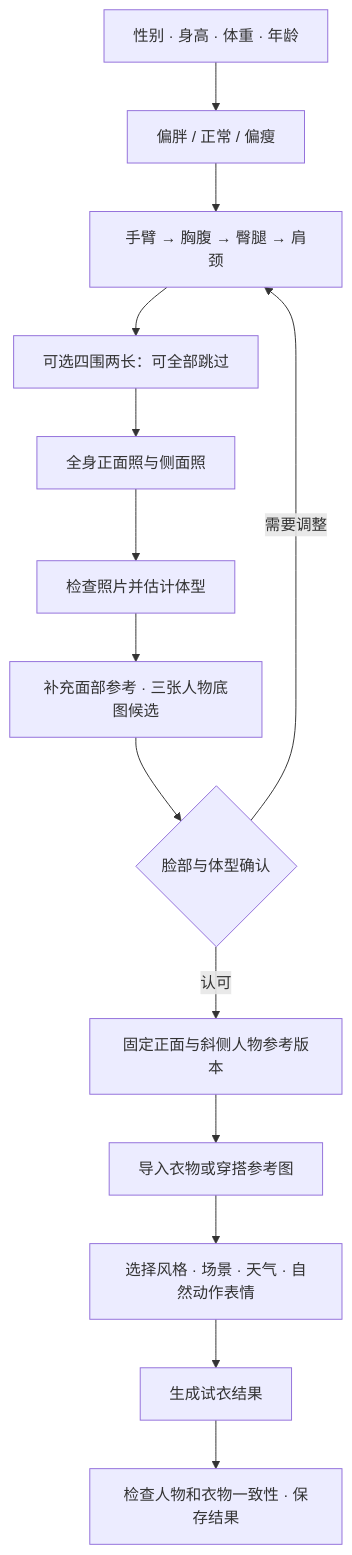
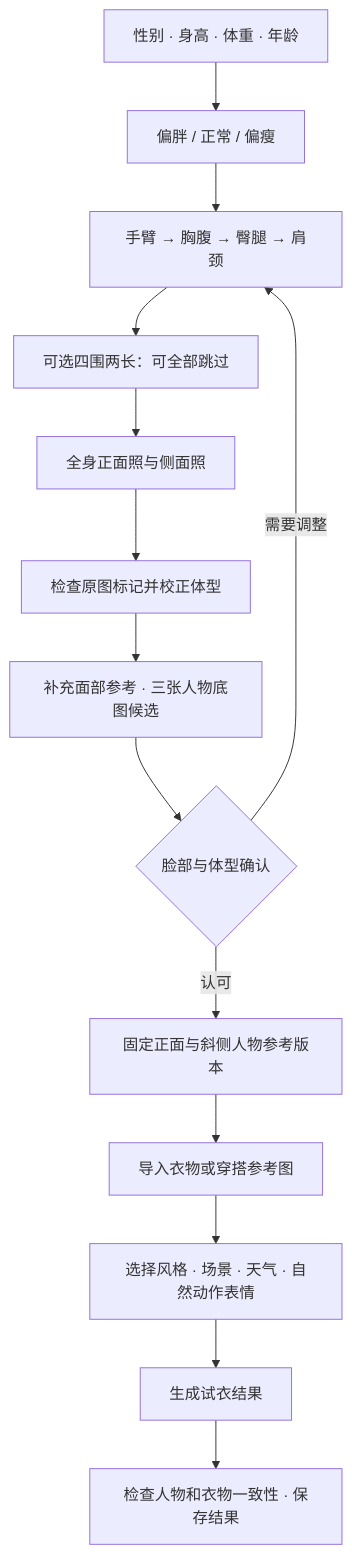
One commit to Yhmx6/veylfit changed the diagram in README.md. Above: the diagram before and after it, drawn with Mermaid. The commit also changed other lines of this file and 4 other files, not shown here.

````diff
--- a/README.md
+++ b/README.md
@@ -11,16 +11,16 @@
 ```mermaid
 flowchart TD
     A[性别 · 身高 · 体重 · 年龄] --> B[偏胖 / 正常 / 偏瘦]
     B --> C[手臂 → 胸腹 → 臀腿 → 肩颈]
     C --> D[可选四围两长：可全部跳过]
     D --> E[全身正面照与侧面照]
-    E --> F[检查照片并估计体型]
+    E --> F[检查原图标记并校正体型]
     F --> G[补充面部参考 · 三张人物底图候选]
     G --> H{脸部与体型确认}
     H -->|需要调整| C
     H -->|认可| I[固定正面与斜侧人物参考版本]
     I --> J[导入衣物或穿搭参考图]
     J --> K[选择风格 · 场景 · 天气 · 自然动作表情]
     K --> L[生成试衣结果]
     L --> M[检查人物和衣物一致性 · 保存结果]
 ```
````
